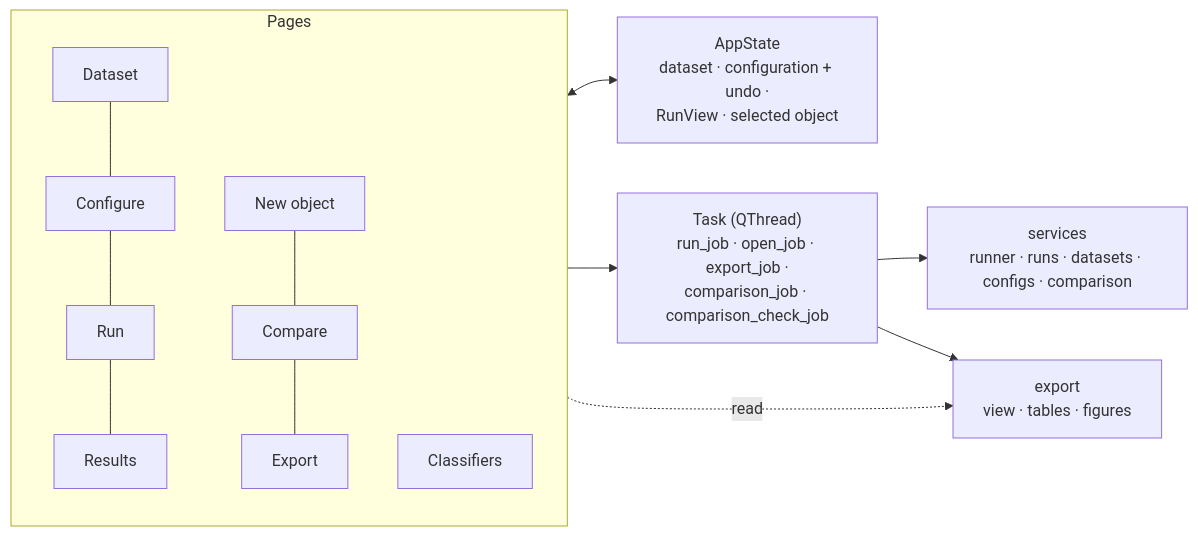
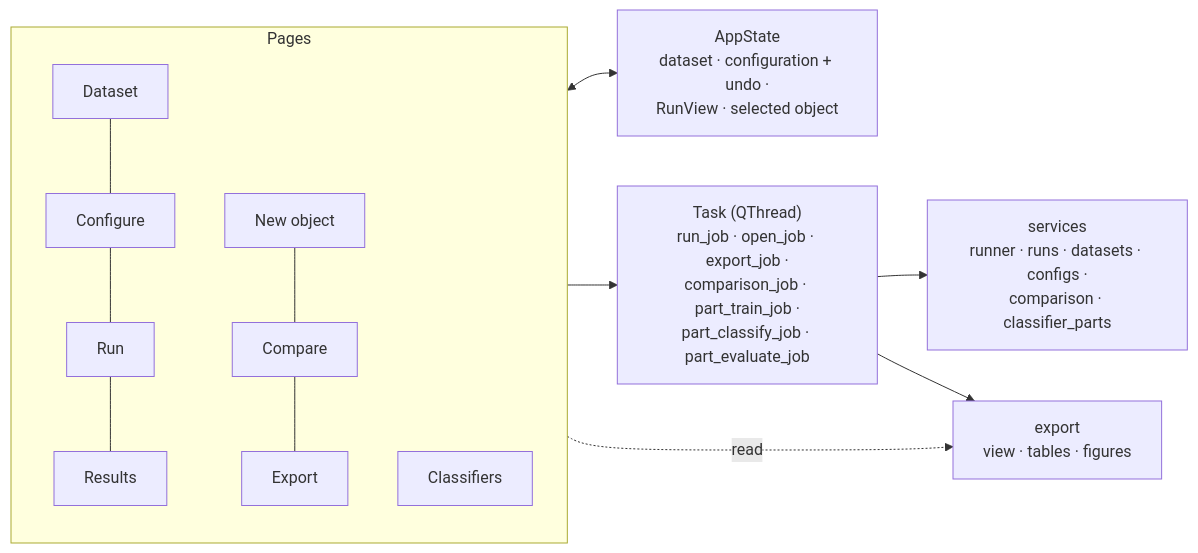
The fourth of 4 diagrams in docs/architecture.md (ktuhtabayev/context-synthetic-recognition), drawn with Mermaid before and after one commit. The commit also changed other lines of this file and 11 other files, not shown here.

````diff
--- a/docs/architecture.md
+++ b/docs/architecture.md
@@ -124,17 +124,17 @@
 ```mermaid
 flowchart LR
     subgraph pages["Pages"]
         direction TB
         P1["Dataset"] --- P2["Configure"] --- P3["Run"] --- P4["Results"]
         P5["New object"] --- P6["Compare"] --- P7["Export"]
         P8["Classifiers"]
     end
     S["AppState<br/>dataset · configuration + undo ·<br/>RunView · selected object"]
-    W["Task (QThread)<br/>run_job · open_job · export_job ·<br/>comparison_job · comparison_check_job"]
-    SV["services<br/>runner · runs · datasets · configs · comparison"]
+    W["Task (QThread)<br/>run_job · open_job · export_job ·<br/>comparison_job · part_train_job ·<br/>part_classify_job · part_evaluate_job"]
+    SV["services<br/>runner · runs · datasets · configs ·<br/>comparison · classifier_parts"]
     EX["export<br/>view · tables · figures"]
     pages <--> S
     pages --> W --> SV
     W --> EX
     pages -. read .-> EX
 ```
````
